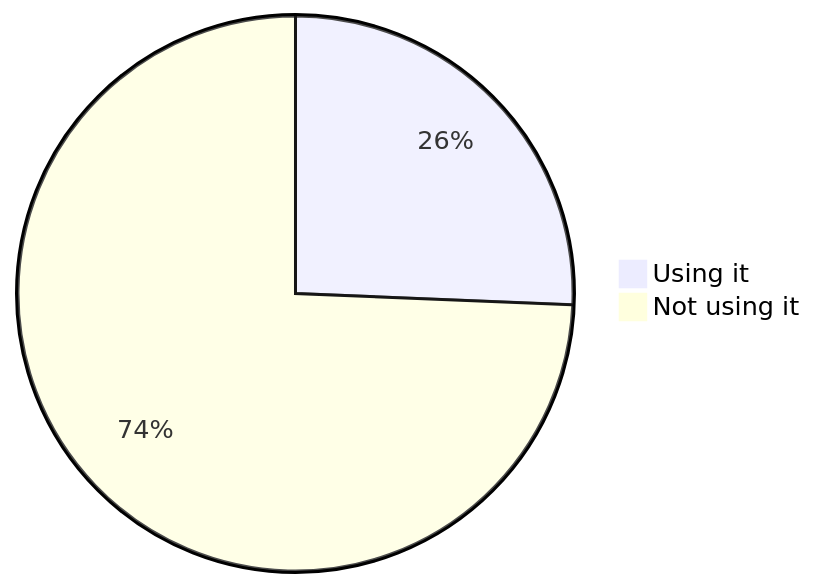
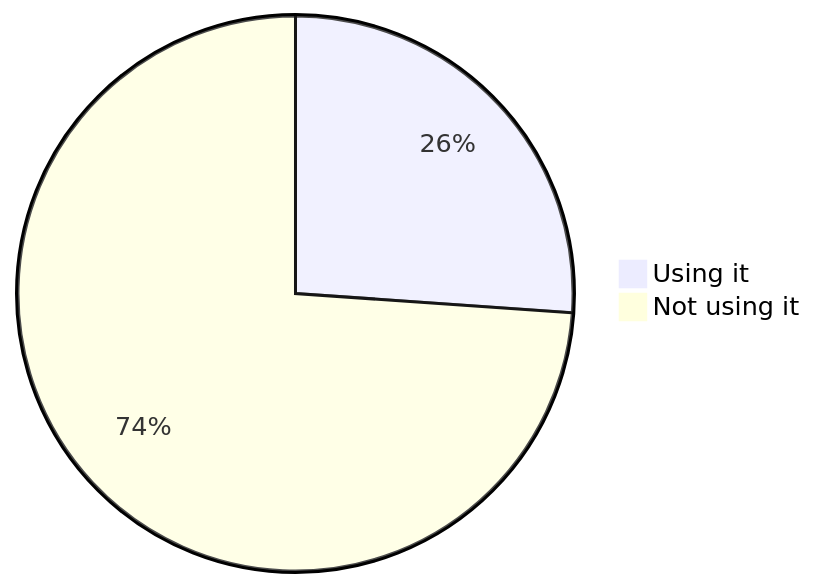
Before and after one commit to oshp/oshp-stats: diagram 15 of 22 in stats.md, drawn with Mermaid. The commit also changed other lines of this file, not shown here.

````diff
--- a/stats.md
+++ b/stats.md
@@ -178,6 +178,6 @@
 ```mermaid
 pie
-	"Using it" : 25.65
-	"Not using it" : 74.35
+	"Using it" : 26.11
+	"Not using it" : 73.89
 
 ```
````
